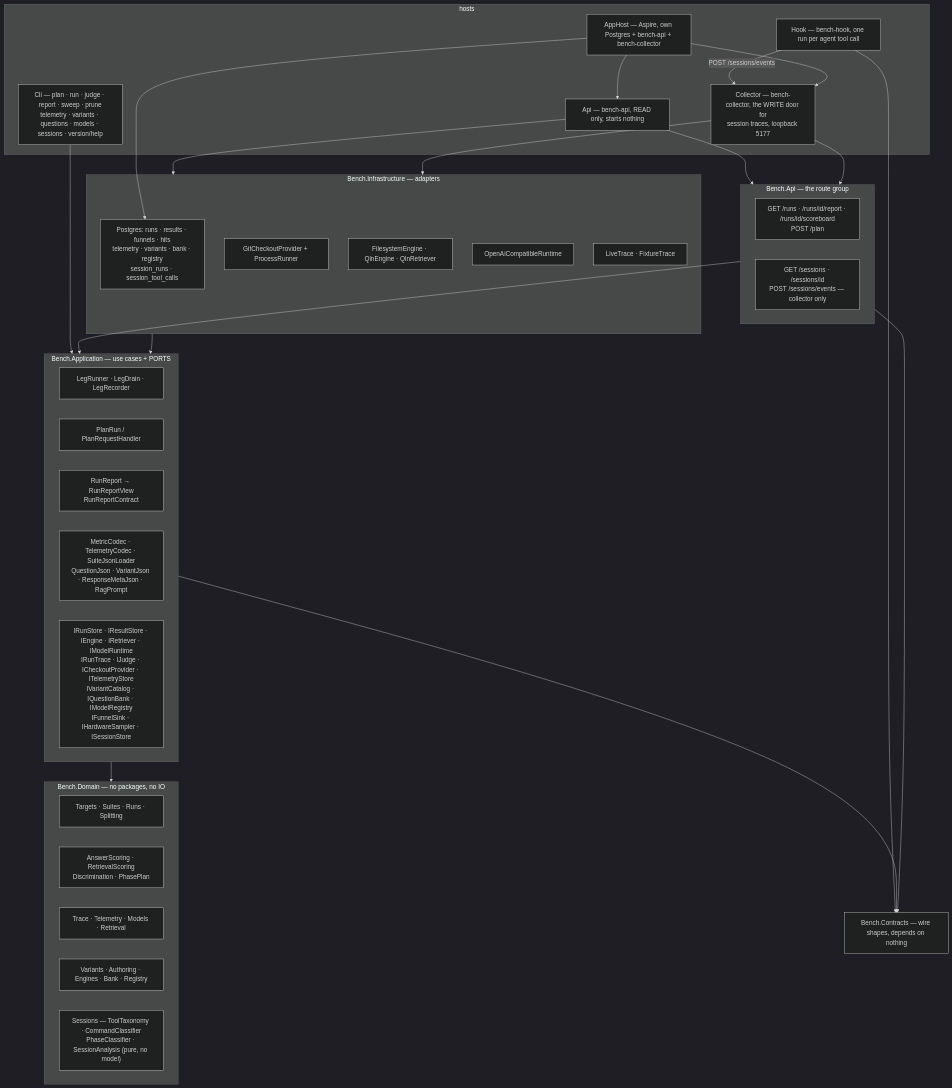
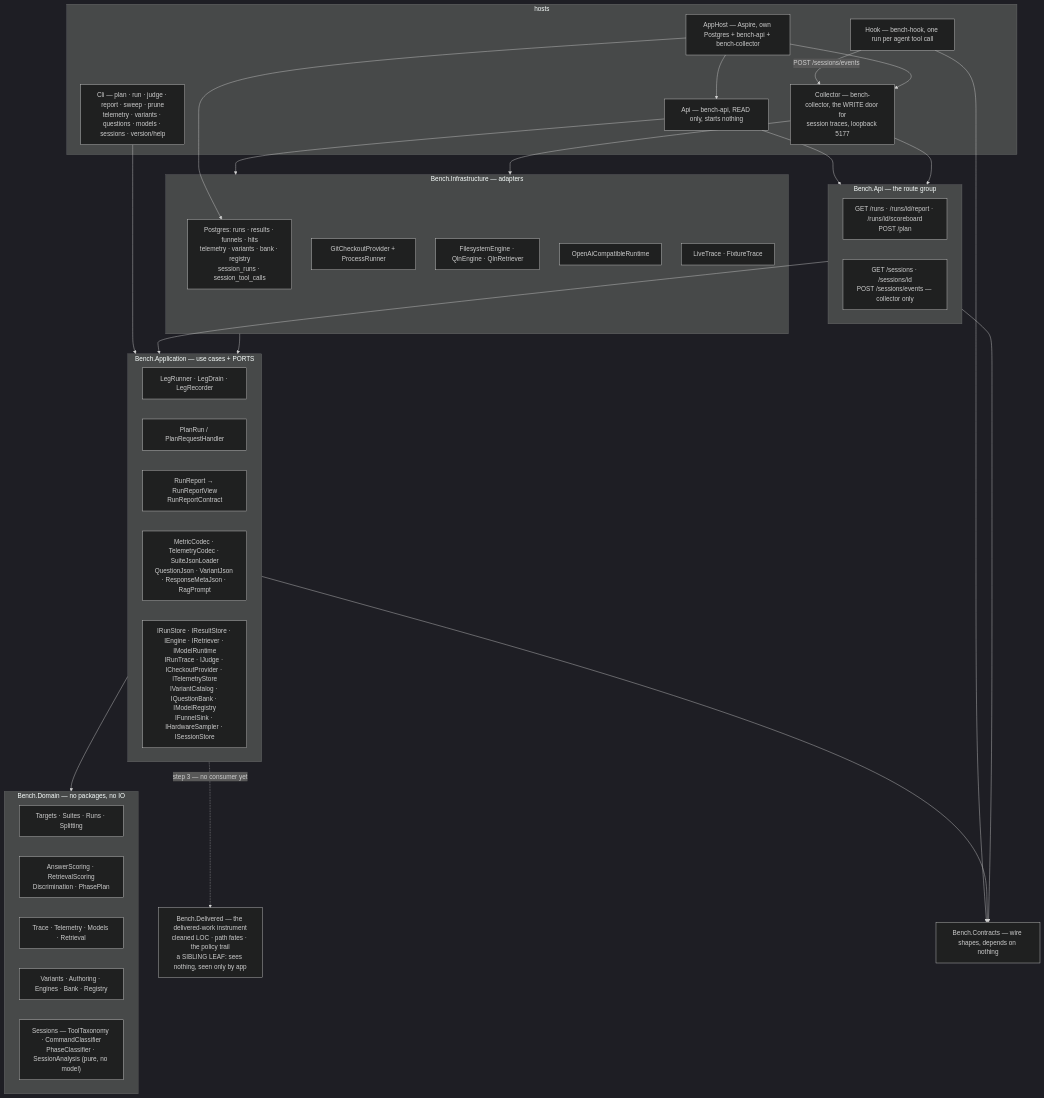
One commit to oleksandrdubyna88/dew_flow_benchmark changed the first of 2 diagrams in research/architecture.md. Above: the diagram before and after it, drawn with Mermaid (dark theme). The commit also changed other lines of this file, not shown here.

````diff
--- a/research/architecture.md
+++ b/research/architecture.md
@@ -19,52 +19,54 @@
 ```mermaid
 flowchart TB
     subgraph hosts["hosts"]
         cli["Cli — plan · run · judge · report · sweep · prune<br/>telemetry · variants · questions · models · sessions · version/help"]
         apihost["Api — bench-api, READ only, starts nothing"]
         collector["Collector — bench-collector, the WRITE door for<br/>session traces, loopback 5177"]
         hook["Hook — bench-hook, one run per agent tool call"]
         apphost["AppHost — Aspire, own Postgres + bench-api + bench-collector"]
     end
     subgraph api["Bench.Api — the route group"]
         routes["GET /runs · /runs/id/report · /runs/id/scoreboard<br/>POST /plan"]
         sessionroutes["GET /sessions · /sessions/id<br/>POST /sessions/events — collector only"]
     end
     subgraph app["Bench.Application — use cases + PORTS"]
         runner["LegRunner · LegDrain · LegRecorder"]
         plan["PlanRun / PlanRequestHandler"]
         report["RunReport → RunReportView<br/>RunReportContract"]
         codecs["MetricCodec · TelemetryCodec · SuiteJsonLoader<br/>QuestionJson · VariantJson · ResponseMetaJson · RagPrompt"]
         ports["IRunStore · IResultStore · IEngine · IRetriever · IModelRuntime<br/>IRunTrace · IJudge · ICheckoutProvider · ITelemetryStore<br/>IVariantCatalog · IQuestionBank · IModelRegistry<br/>IFunnelSink · IHardwareSampler · ISessionStore"]
     end
     subgraph dom["Bench.Domain — no packages, no IO"]
         contract["Targets · Suites · Runs · Splitting"]
         scoring["AnswerScoring · RetrievalScoring<br/>Discrimination · PhasePlan"]
         obs["Trace · Telemetry · Models · Retrieval"]
         axes["Variants · Authoring · Engines · Bank · Registry"]
         sessions["Sessions — ToolTaxonomy · CommandClassifier<br/>PhaseClassifier · SessionAnalysis (pure, no model)"]
     end
     subgraph infra["Bench.Infrastructure — adapters"]
         pg["Postgres: runs · results · funnels · hits<br/>telemetry · variants · bank · registry<br/>session_runs · session_tool_calls"]
         git["GitCheckoutProvider + ProcessRunner"]
         eng["FilesystemEngine · QlnEngine · QlnRetriever"]
         rt["OpenAiCompatibleRuntime"]
         tr["LiveTrace · FixtureTrace"]
     end
     contracts["Bench.Contracts — wire shapes, depends on nothing"]
+    delivered["Bench.Delivered — the delivered-work instrument<br/>cleaned LOC · path fates · the policy trail<br/>a SIBLING LEAF: sees nothing, seen only by app"]
 
     cli --> app
     apihost --> api
     apihost --> infra
     collector --> api
     collector --> infra
     hook -- "POST /sessions/events" --> collector
     api --> app
     apphost --> pg
     apphost --> apihost
     apphost --> collector
     app --> dom
+    app -. "step 3 — no consumer yet" .-> delivered
     infra --> app
     app --> contracts
     api --> contracts
     hook --> contracts
 ```
````
